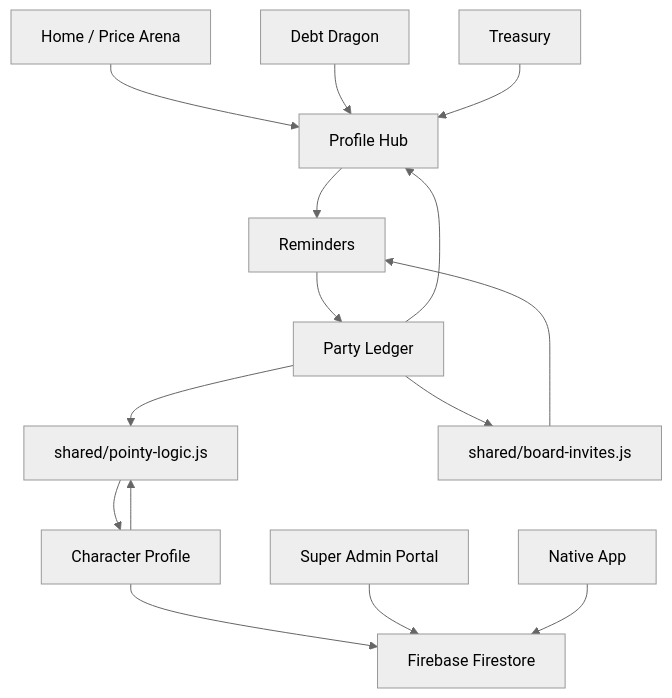
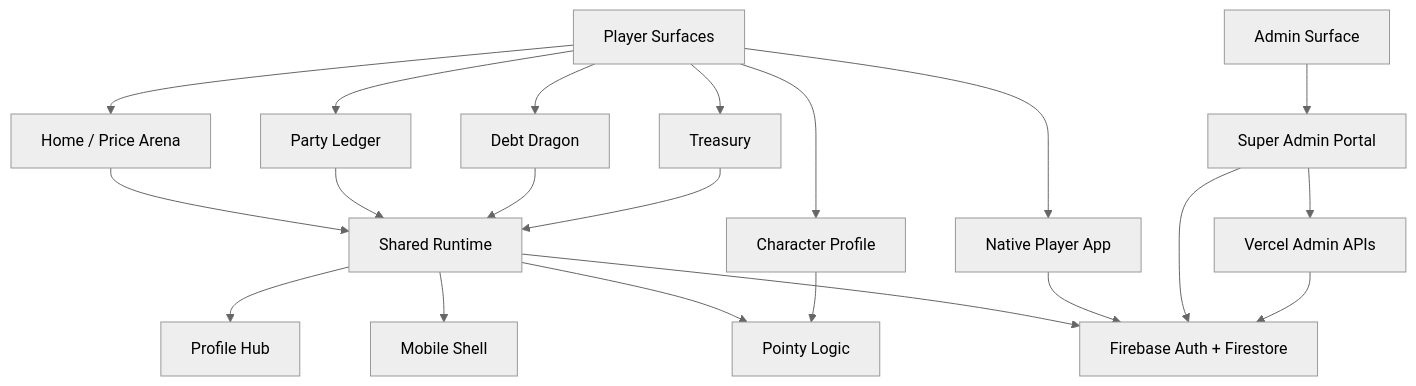
One commit to purichw/coin-quest-ledger changed the first of 17 diagrams in SITE_MAP_AND_INTERACTIONS.md. Above: the diagram before and after it, drawn with Mermaid (neutral theme). The commit also changed other lines of this file and 5 other files, not shown here.

````diff
--- a/SITE_MAP_AND_INTERACTIONS.md
+++ b/SITE_MAP_AND_INTERACTIONS.md
@@ -27,17 +22,26 @@
 ```mermaid
 flowchart TD
-  Home["Home / Price Arena"] --> ProfileHub["Profile Hub"]
-  Trip["Party Ledger"] --> PointyLogic["shared/pointy-logic.js"]
-  Trip --> BoardInvites["shared/board-invites.js"]
-  Trip --> ProfileHub
-  ProfileHub --> Reminders["Reminders"]
-  BoardInvites --> Reminders
-  Reminders --> Trip
-  Character["Character Profile"] --> PointyLogic
-  Character --> Firestore["Firebase Firestore"]
-  Admin["Super Admin Portal"] --> Firestore
-  Debt["Debt Dragon"] --> ProfileHub
-  Treasury["Treasury"] --> ProfileHub
-  Mobile["Native App"] --> Firestore
-  PointyLogic --> Character
+  Player["Player Surfaces"] --> Home["Home / Price Arena"]
+  Player --> Split["Party Ledger"]
+  Player --> Character["Character Profile"]
+  Player --> Debt["Debt Dragon"]
+  Player --> Treasury["Treasury"]
+  Player --> Native["Native Player App"]
+
+  Admin["Admin Surface"] --> Portal["Super Admin Portal"]
+  Portal --> AdminAPI["Vercel Admin APIs"]
+
+  Shared["Shared Runtime"] --> ProfileHub["Profile Hub"]
+  Shared --> MobileShell["Mobile Shell"]
+  Shared --> PointyLogic["Pointy Logic"]
+  Shared --> Firebase["Firebase Auth + Firestore"]
+
+  Home --> Shared
+  Split --> Shared
+  Character --> PointyLogic
+  Debt --> Shared
+  Treasury --> Shared
+  Native --> Firebase
+  Portal --> Firebase
+  AdminAPI --> Firebase
 ```
````
